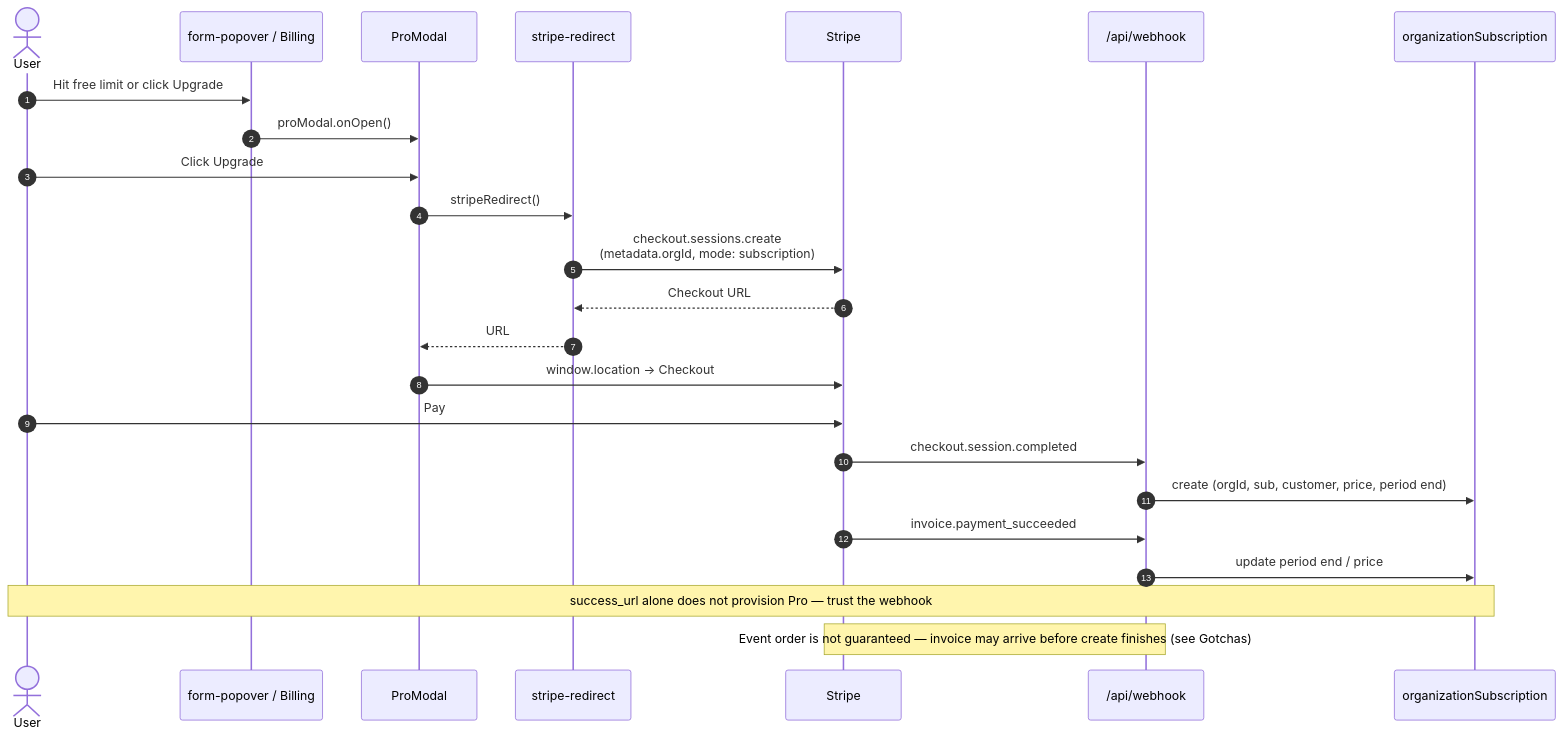
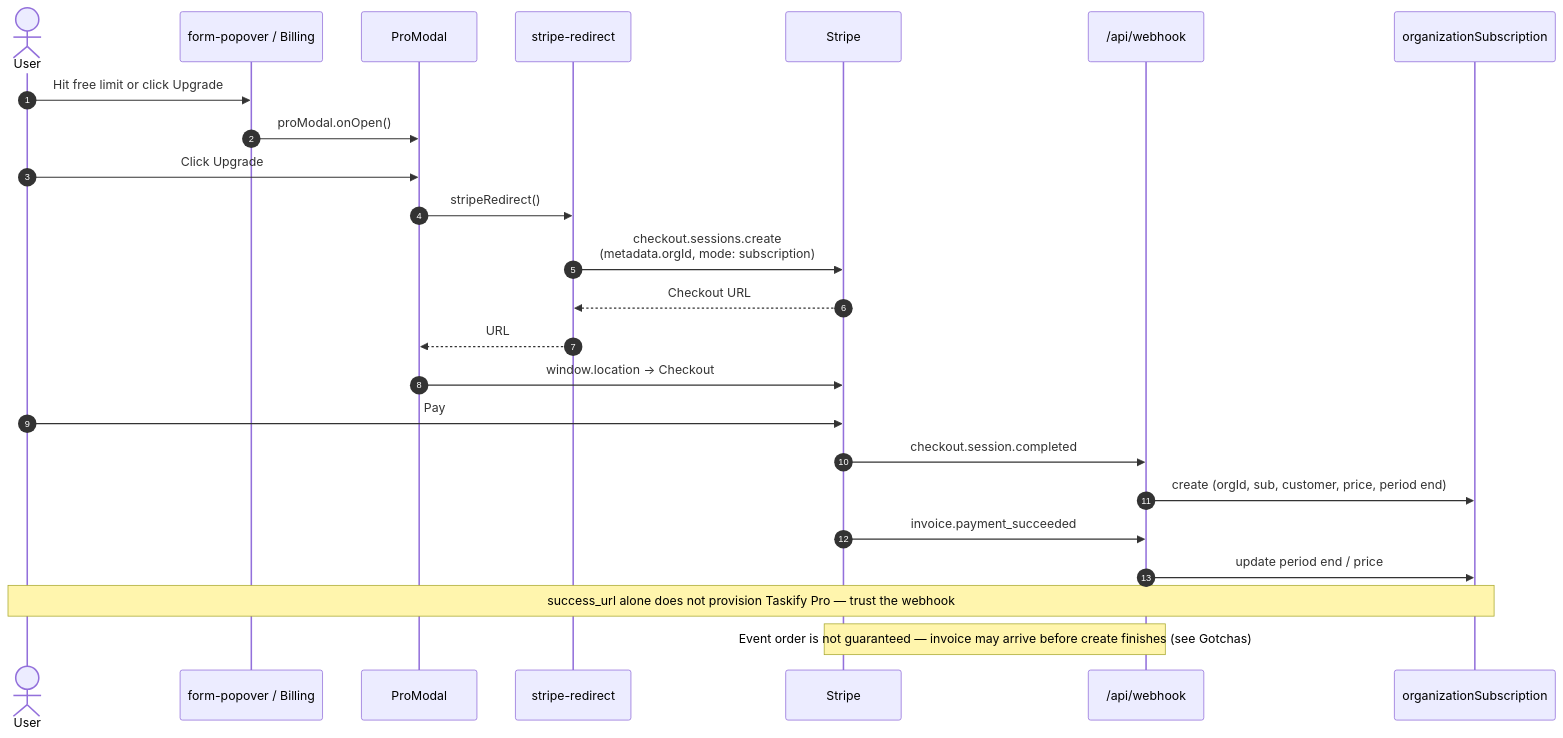
Before and after one commit to manhcuongdtbk/taskify: the fifth of 7 diagrams in docs/stripe.md, drawn with Mermaid. The commit also changed other lines of this file and 8 other files, not shown here.

````diff
--- a/docs/stripe.md
+++ b/docs/stripe.md
@@ -226,27 +237,27 @@
 ```mermaid
 sequenceDiagram
   autonumber
   actor User
   participant UI as form-popover / Billing
   participant Modal as ProModal
   participant Action as stripe-redirect
   participant Stripe as Stripe
   participant Webhook as /api/webhook
   participant DB as organizationSubscription
 
   User->>UI: Hit free limit or click Upgrade
   UI->>Modal: proModal.onOpen()
   User->>Modal: Click Upgrade
   Modal->>Action: stripeRedirect()
   Action->>Stripe: checkout.sessions.create<br/>(metadata.orgId, mode: subscription)
   Stripe-->>Action: Checkout URL
   Action-->>Modal: URL
   Modal->>Stripe: window.location → Checkout
   User->>Stripe: Pay
   Stripe->>Webhook: checkout.session.completed
   Webhook->>DB: create (orgId, sub, customer, price, period end)
   Stripe->>Webhook: invoice.payment_succeeded
   Webhook->>DB: update period end / price
-  Note over User,DB: success_url alone does not provision Pro — trust the webhook
+  Note over User,DB: success_url alone does not provision Taskify Pro — trust the webhook
   Note over Stripe,Webhook: Event order is not guaranteed — invoice may arrive before create finishes (see Gotchas)
 ```
````
